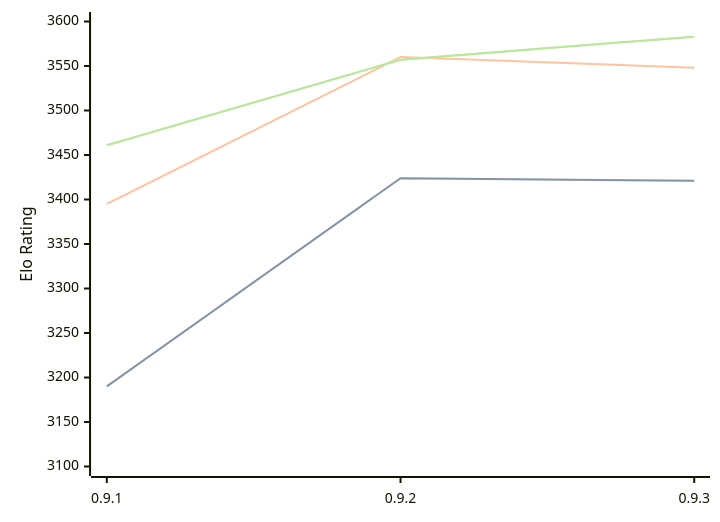
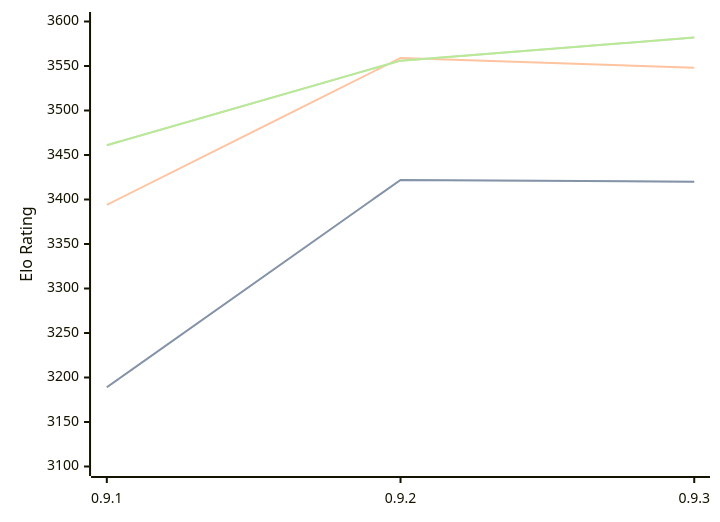
The diagram in engines/Coda.md (computer-chess-index/cci), drawn with Mermaid before and after one commit. The commit also changed other lines of this file, not shown here.

Commit message:
Update CCI Ratings (ELO VLTC) - 2026-08-11

````diff
--- a/engines/Coda.md
+++ b/engines/Coda.md
@@ -33,11 +33,11 @@
 ```mermaid
 %%{init: {"theme":"base","themeVariables":{"seriesColors:['#a3a3a3','#222221','#faa371']}}}%%
 xychart-beta
   x-axis ["0.9.1", "0.9.2", "0.9.3"]
   y-axis "Elo Rating" 3100 --> 3600
-  line "STC (8.0+0.08s)" [3190, 3424, 3421]
-  line "STC (8.0+0.08s)" [3190, 3424, 3421]
-  line "LTC (60.0+0.60s)" [3395, 3560, 3548]
-  line "VLTC (2m24s+1.12s)" [3461, 3557, 3583]
-  line "VLTC (2m24s+1.12s)" [3461, 3557, 3583]
+  line "STC (8.0+0.08s)" [3189, 3422, 3420]
+  line "STC (8.0+0.08s)" [3189, 3422, 3420]
+  line "LTC (60.0+0.60s)" [3394, 3559, 3548]
+  line "VLTC (2m24s+1.12s)" [3461, 3556, 3582]
+  line "VLTC (2m24s+1.12s)" [3461, 3556, 3582]
 ```
````
